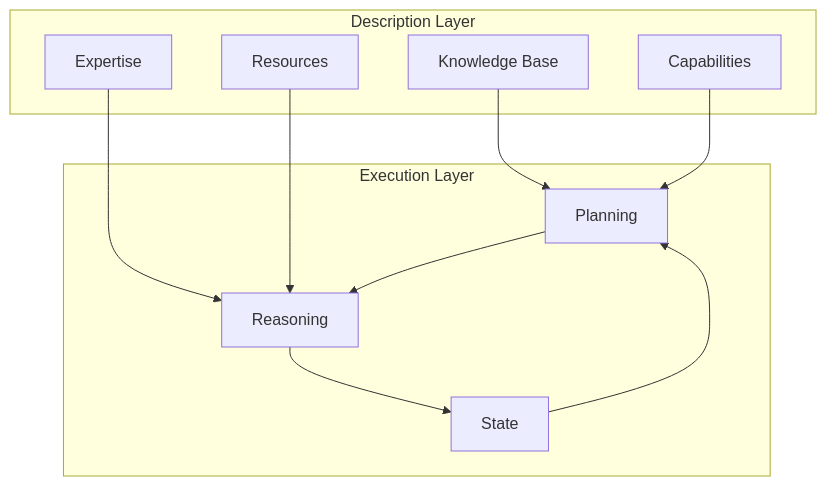
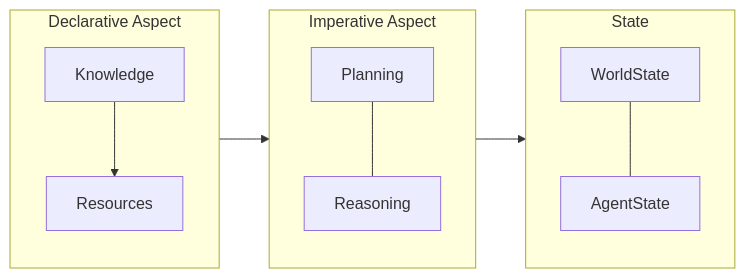
The first of 7 diagrams in README.md (aitomatic/dana), drawn with Mermaid before and after one commit. The commit also changed other lines of this file and 26 other files, not shown here.

First line of the commit message:
Refactor OpenDXA architecture and enhance documentation

````diff
--- a/README.md
+++ b/README.md
@@ -47,23 +47,23 @@
 ```mermaid
-graph TB
-    subgraph "Description Layer"
-        KB[Knowledge Base]
-        C[Capabilities]
-        E[Expertise]
+graph LR
+    subgraph DA["Declarative Aspect"]
+        K[Knowledge]
         R[Resources]
+        K --> R
     end
 
-    subgraph "Execution Layer"
+    subgraph IA["Imperative Aspect"]
         P[Planning]
         RE[Reasoning]
-        S[State]
+        P --- RE
     end
 
-    KB --> P
-    C --> P
-    E --> RE
-    R --> RE
-    P --> RE
-    RE --> S
-    S --> P
+    subgraph S["State"]
+        WS[WorldState]
+        AS[AgentState]
+        WS --- AS
+    end
+
+    DA --> IA
+    IA --> S
 ```
````
